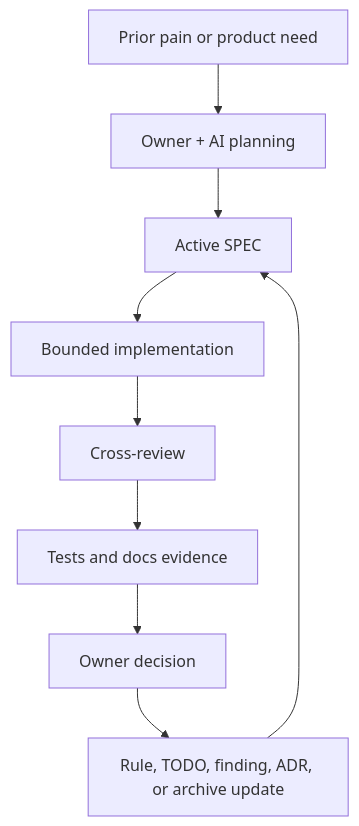
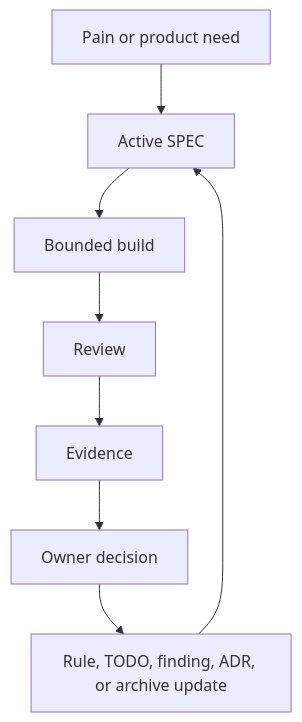
The diagram in README.md (LiveTrack-X/spec-driven-ai-development), drawn with Mermaid before and after one commit. The commit also changed other lines of this file and 2 other files, not shown here.

````diff
--- a/README.md
+++ b/README.md
@@ -204,11 +77,10 @@
 ```mermaid
 flowchart TD
-    A["Prior pain or product need"] --> B["Owner + AI planning"]
-    B --> C["Active SPEC"]
-    C --> D["Bounded implementation"]
-    D --> E["Cross-review"]
-    E --> F["Tests and docs evidence"]
-    F --> G["Owner decision"]
-    G --> H["Rule, TODO, finding, ADR, or archive update"]
-    H --> C
+    A["Pain or product need"] --> B["Active SPEC"]
+    B --> C["Bounded build"]
+    C --> D["Review"]
+    D --> E["Evidence"]
+    E --> F["Owner decision"]
+    F --> G["Rule, TODO, finding, ADR, or archive update"]
+    G --> B
 ```
````
